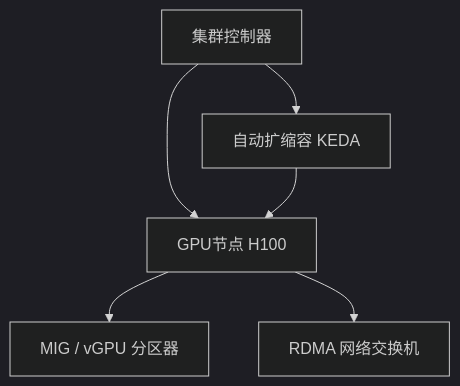
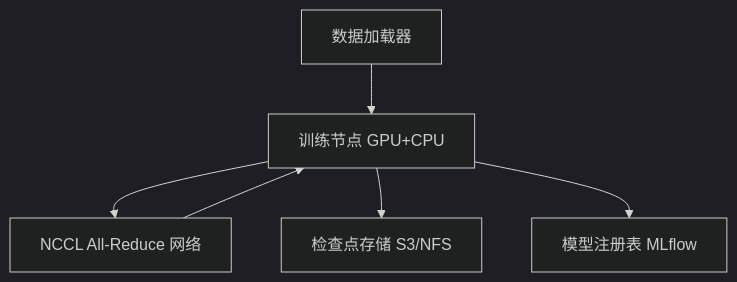
Before and after one commit to leafsax/ai-infra-training-180days: the first of 2 diagrams in chinese/days-31-60/day-058-ai-infra系统设计训练题.md, drawn with Mermaid (dark theme). The commit also changed other lines of this file and 1 other file, not shown here.

Commit message:
fix: correct component and data flow diagrams for Day 58 to match their respective topics (A/B Testing & Canary Deployments for English, Distributed Training for Chinese)

````diff
--- a/chinese/days-31-60/day-058-ai-infra系统设计训练题.md
+++ b/chinese/days-31-60/day-058-ai-infra系统设计训练题.md
@@ -44,8 +44,8 @@
   ```mermaid
   graph TD
-      A[集群控制器] --> B[GPU节点 H100]
-      B --> C[MIG / vGPU 分区器]
-      B --> D[RDMA 网络交换机]
-      A --> E[自动扩缩容 KEDA]
-      E --> B
+      A[数据加载器] --> B[训练节点 GPU+CPU]
+      B --> C[NCCL All-Reduce 网络]
+      B --> D[检查点存储 S3/NFS]
+      B --> E[模型注册表 MLflow]
+      C --> B
   ```
````
